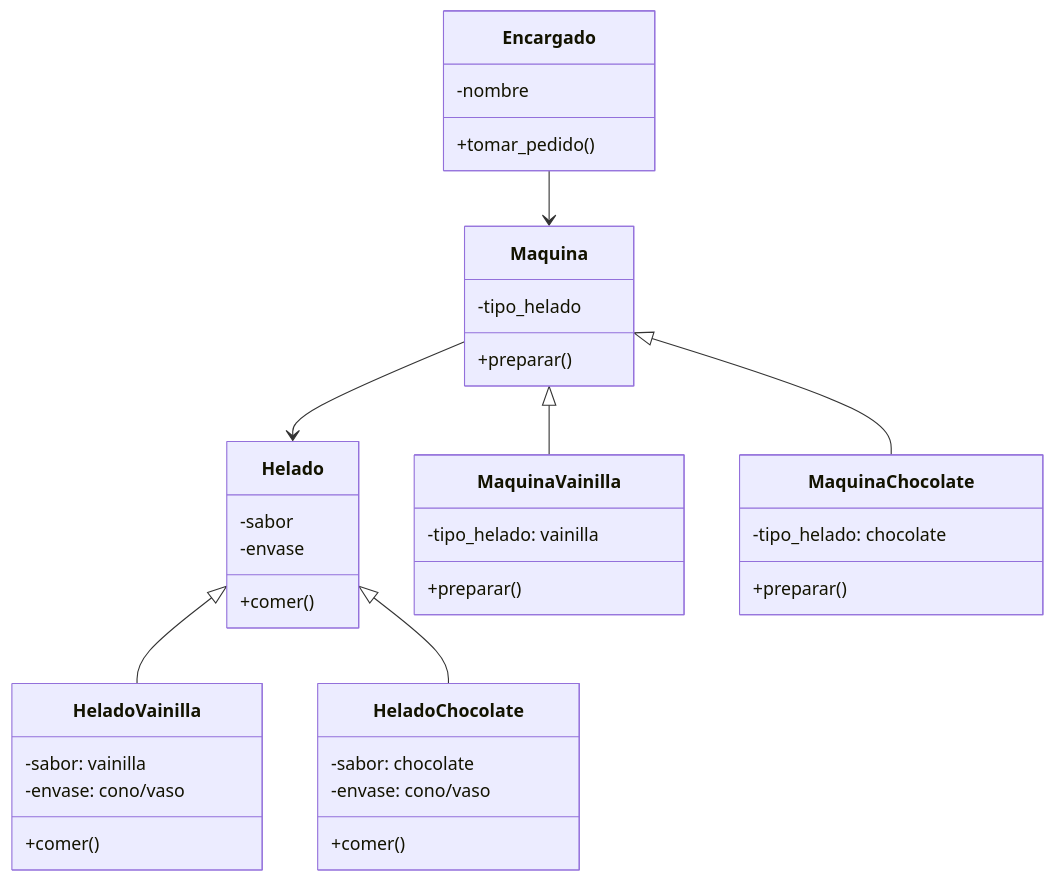
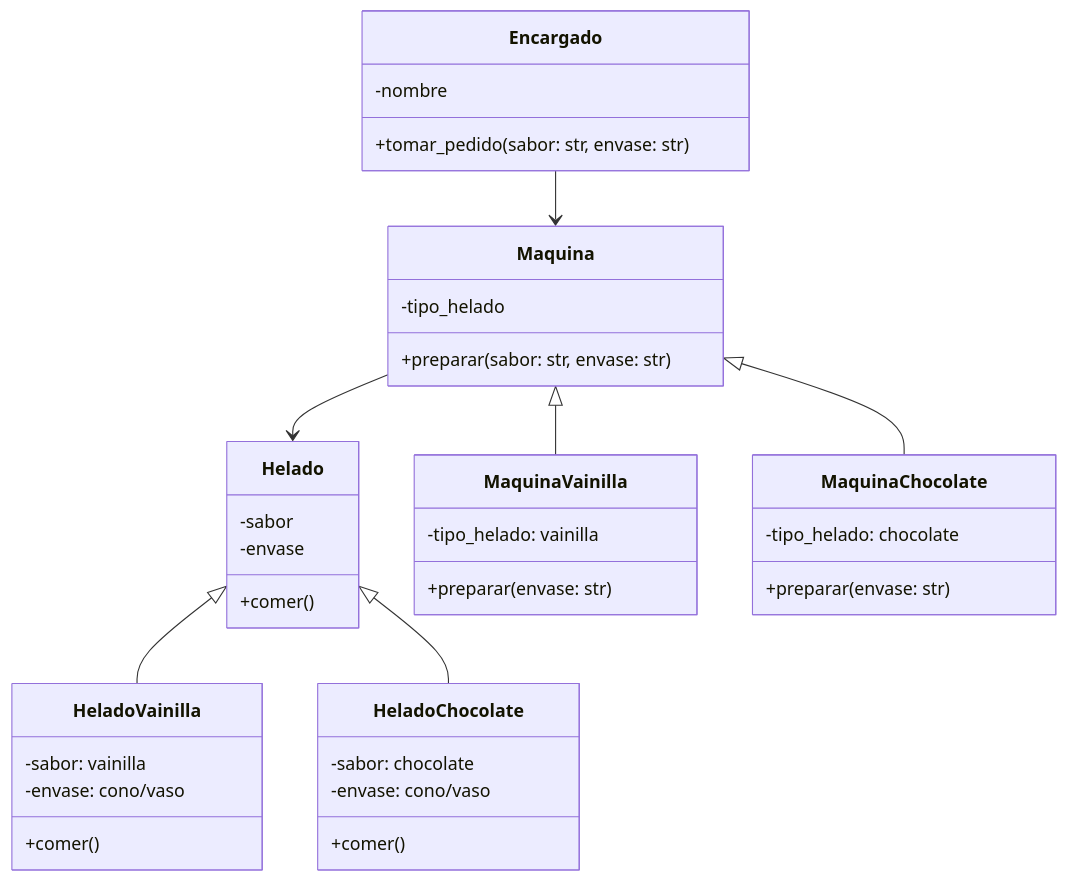
Before and after one commit to Dennis-Flores-H/psg-oop-2025: the diagram in retos_sesion_10/ejercicio_01.md, drawn with Mermaid. The commit also changed other lines of this file, not shown here.

````diff
--- a/retos_sesion_10/ejercicio_01.md
+++ b/retos_sesion_10/ejercicio_01.md
@@ -125,40 +128,40 @@
 ```mermaid
 classDiagram
     class Helado {
         -sabor
         -envase
         +comer()
     }
     class HeladoVainilla {
         -sabor: vainilla
         -envase: cono/vaso
         +comer()
     }
     class HeladoChocolate {
         -sabor: chocolate
         -envase: cono/vaso
         +comer()
     }
     class Maquina {
         -tipo_helado
-        +preparar()
+        +preparar(sabor: str, envase: str)
     }
     class MaquinaVainilla {
         -tipo_helado: vainilla
-        +preparar()
+        +preparar(envase: str)
     }
     class MaquinaChocolate {
         -tipo_helado: chocolate
-        +preparar()
+        +preparar(envase: str)
     }
     class Encargado {
         -nombre
-        +tomar_pedido()
+        +tomar_pedido(sabor: str, envase: str)
     }
     Helado <|-- HeladoVainilla
     Helado <|-- HeladoChocolate
     Maquina <|-- MaquinaVainilla
     Maquina <|-- MaquinaChocolate
     Maquina --> Helado
     Encargado --> Maquina
 ```
````
